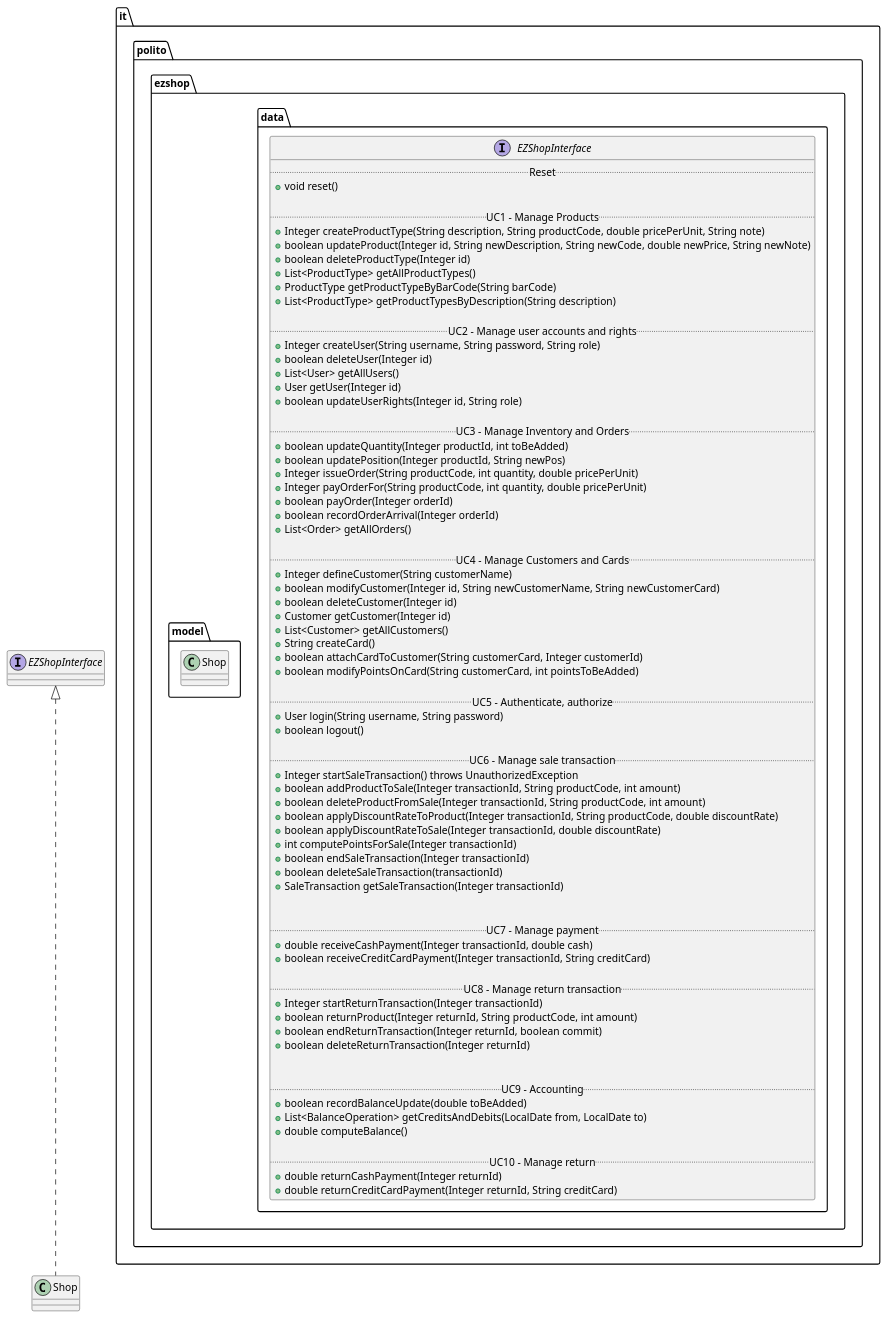
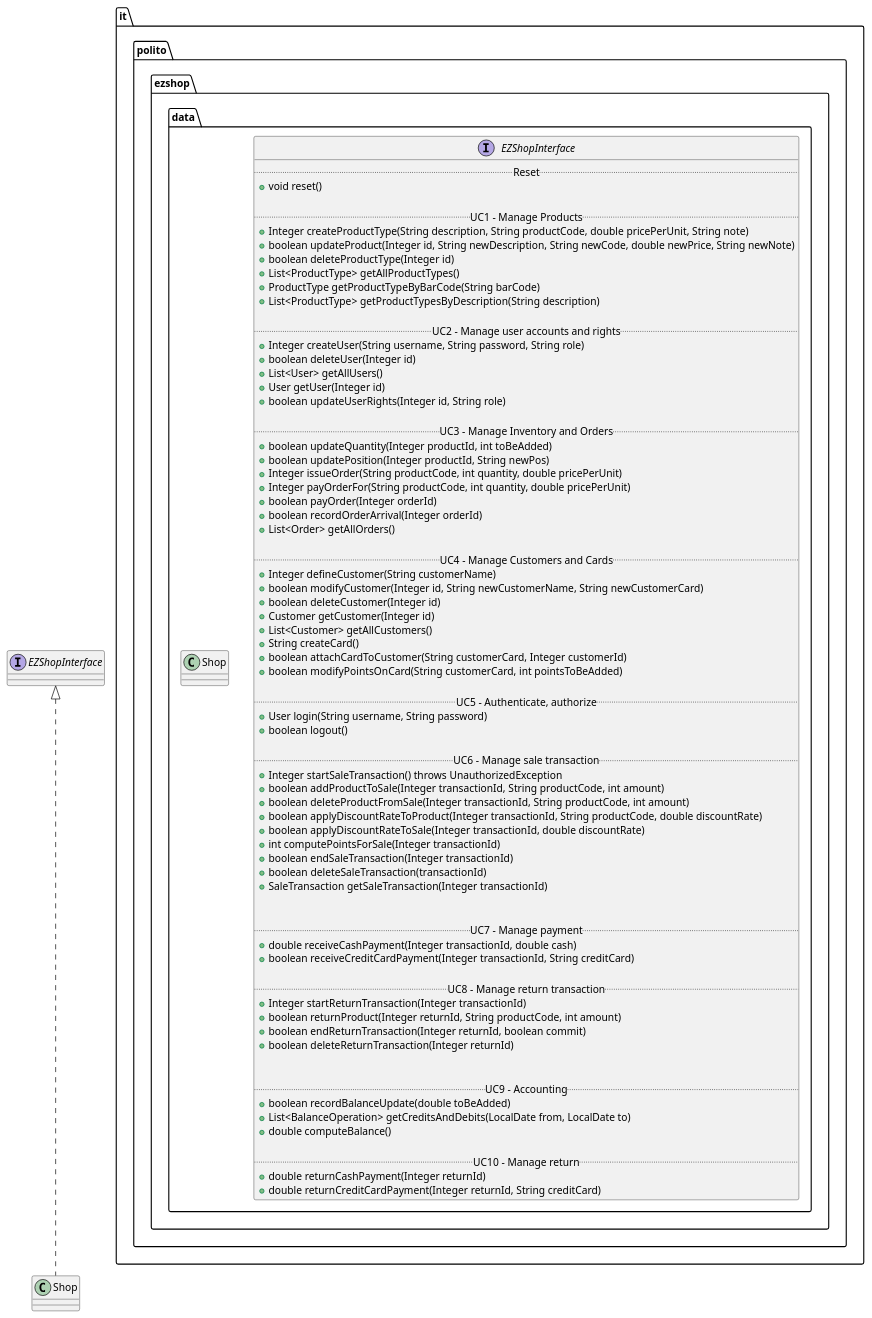
Before and after one commit to Stormz4/group20-EzShop: the second of 24 diagrams in Deliverables/DesignDocument.md, drawn with PlantUML. The commit also changed other lines of this file, not shown here.

```diff
--- a/Deliverables/DesignDocument.md
+++ b/Deliverables/DesignDocument.md
@@ -136,7 +137,7 @@
 }
 }
 
-package it.polito.ezshop.model{
+package it.polito.ezshop.data{
  class Shop{
 
 }
```
